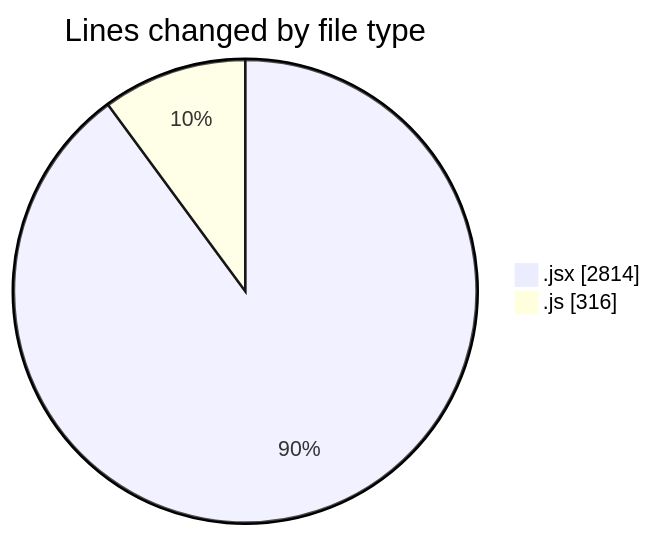
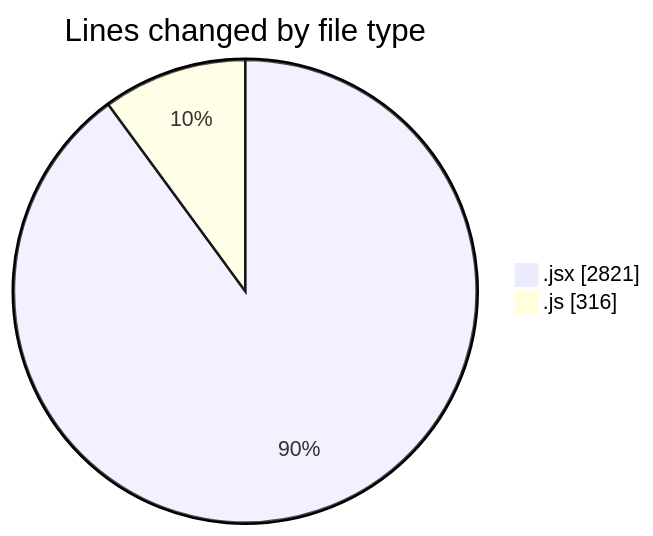
One commit to nxtqubesakshisongat/code-tracking changed the first of 2 diagrams in 2025-07-10/argos/README.md. Above: the diagram before and after it, drawn with Mermaid. The commit also changed other lines of this file and 1 other file, not shown here.

````diff
--- a/2025-07-10/argos/README.md
+++ b/2025-07-10/argos/README.md
@@ -25,6 +25,6 @@
 ```mermaid
 pie showData
 title Lines changed by file type
-".jsx" : 2814
+".jsx" : 2821
 ".js" : 316
 ```
````
